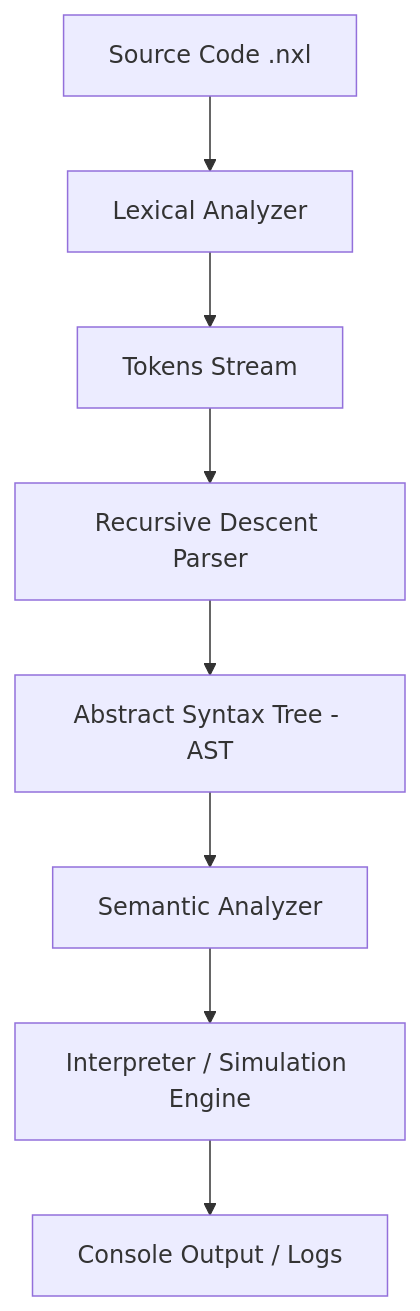
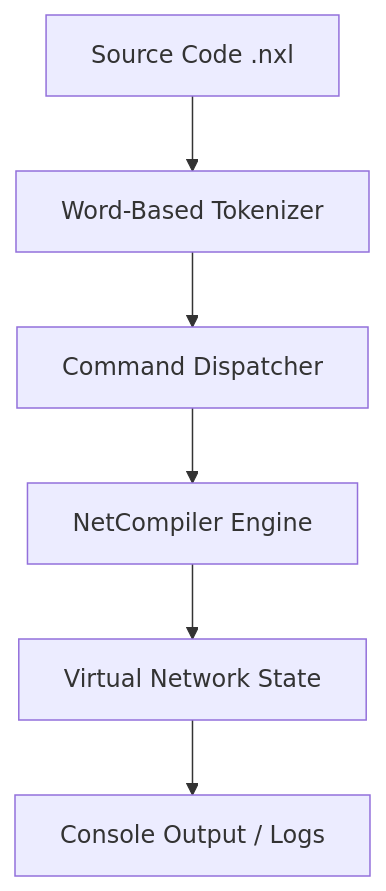
One commit to 4xrhd/nextlang changed the diagram in REPORT.md. Above: the diagram before and after it, drawn with Mermaid. The commit also changed other lines of this file and 5 other files, not shown here.

````diff
--- a/REPORT.md
+++ b/REPORT.md
@@ -28,10 +28,8 @@
 ```mermaid
 graph TD
-    A[Source Code .nxl] --> B[Lexical Analyzer]
-    B --> C[Tokens Stream]
-    C --> D[Recursive Descent Parser]
-    D --> E[Abstract Syntax Tree - AST]
-    E --> F[Semantic Analyzer]
-    F --> G[Interpreter / Simulation Engine]
-    G --> H[Console Output / Logs]
+    A[Source Code .nxl] --> B[Word-Based Tokenizer]
+    B --> C[Command Dispatcher]
+    C --> D[NetCompiler Engine]
+    D --> E[Virtual Network State]
+    E --> F[Console Output / Logs]
 ```
````
